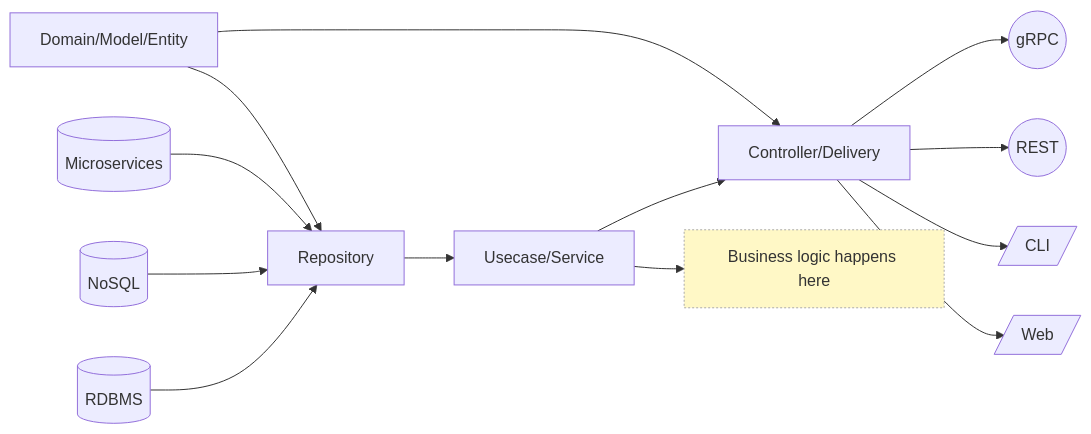
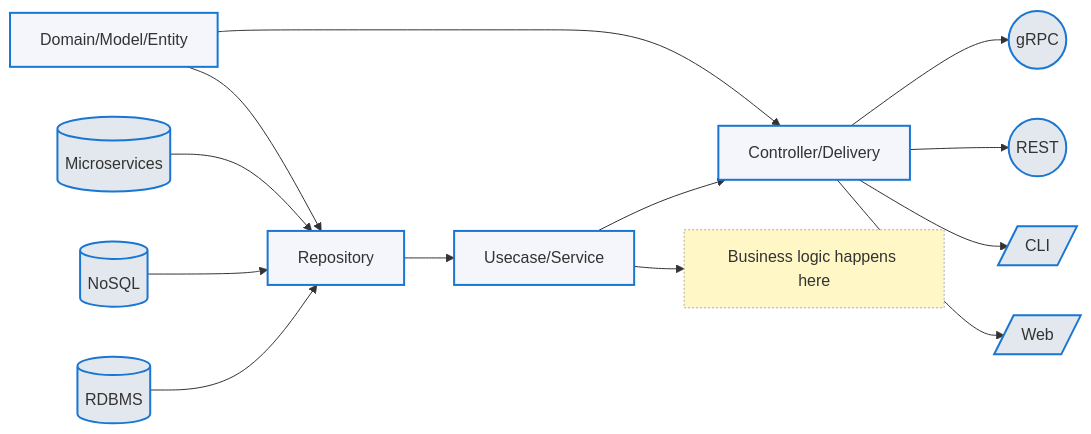
One commit to ffoky/Code-processor changed the second of 3 diagrams in README.md. Above: the diagram before and after it, drawn with Mermaid. The commit also changed other lines of this file, not shown here.

````diff
--- a/README.md
+++ b/README.md
@@ -52,63 +54,47 @@
 ```mermaid
 flowchart LR
 
-  %% Data sources
+  %% Data sources
+  RDBMS[(RDBMS)]
+  NoSQL[(NoSQL)]
+  Micro[(Microservices)]
 
-  RDBMS[(RDBMS)]
+  %% Core components
+  Repo[Repository]
+  Domain[Domain/Model/Entity]
+  Usecase[Usecase/Service]
+  Controller[Controller/Delivery]
 
-  NoSQL[(NoSQL)]
+  %% Interfaces
+  gRPC((gRPC))
+  REST((REST))
+  CLI[/CLI/]
+  Web[/Web/]
 
-  Micro[(Microservices)]
+  %% Relationships
+  RDBMS --> Repo
+  NoSQL --> Repo
+  Micro --> Repo
+  Domain --> Repo
+  Repo --> Usecase
+  Usecase --> Controller
+  Domain --> Controller
+  Controller --> gRPC
+  Controller --> REST
+  Controller --> CLI
+  Controller --> Web
 
-  %% Core components
+  %% Annotation
+  classDef note fill:#fff8c6,stroke:#aaa,stroke-dasharray: 2 2;
+  Note["Business logic happens here"]:::note
+  Usecase --> Note
 
-  Repo[Repository]
+  %% Styling
+  classDef datasource fill:#e3e8ef,stroke:#1976d2,stroke-width:2px;
+  classDef core fill:#f4f6fb,stroke:#1976d2,stroke-width:2px;
+  classDef interface fill:#e3e8ef,stroke:#1976d2,stroke-width:2px;
 
-  Domain[Domain/Model/Entity]
-
-  Usecase[Usecase/Service]
-
-  Controller[Controller/Delivery]
-
-  %% Interfaces
-
-  gRPC((gRPC))
-
-  REST((REST))
-
-  CLI[/CLI/]
-
-  Web[/Web/]
-
-  %% Relationships
-
-  RDBMS --> Repo
-
-  NoSQL --> Repo
-
-  Micro --> Repo
-
-  Domain --> Repo
-
-  Repo --> Usecase
-
-  Usecase --> Controller
-
-  Domain --> Controller
-
-  Controller --> gRPC
-
-  Controller --> REST
-
-  Controller --> CLI
-
-  Controller --> Web
-
-  %% Annotation
-
-  classDef note fill:#fff8c6,stroke:#aaa,stroke-dasharray: 2 2;
-
-  Note["Business logic happens here"]:::note
-
-  Usecase --> Note
+  class RDBMS,NoSQL,Micro datasource;
+  class Repo,Domain,Usecase,Controller core;
+  class gRPC,REST,CLI,Web interface;
 ```
````
